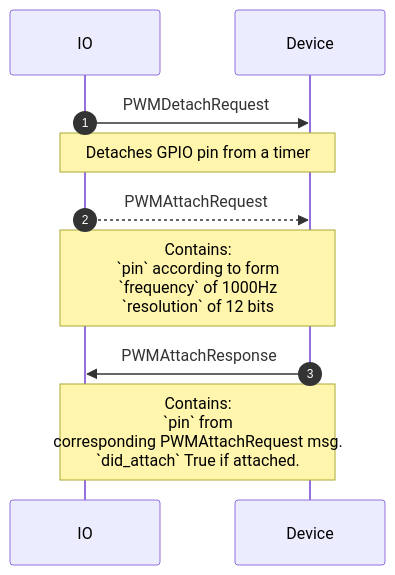
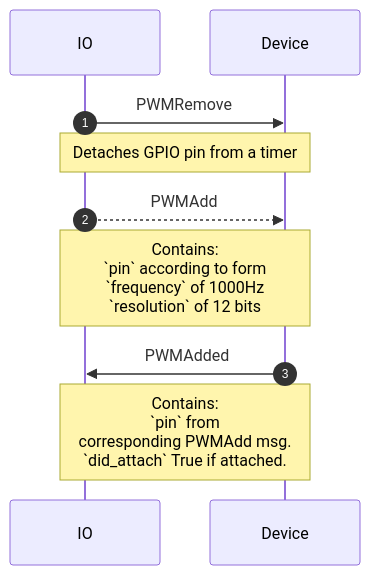
One commit to adafruit/Wippersnapper_Protobuf changed the eighth of 10 diagrams in proto/wippersnapper/docs/pwm.md. Above: the diagram before and after it, drawn with Mermaid. The commit also changed other lines of this file and 6 other files, not shown here.

````diff
--- a/proto/wippersnapper/docs/pwm.md
+++ b/proto/wippersnapper/docs/pwm.md
@@ -101,12 +101,12 @@
 ```mermaid
 sequenceDiagram
 autonumber
-IO->>Device: PWMDetachRequest
+IO->>Device: PWMRemove
 Note over IO, Device: Detaches GPIO pin from a timer
 
-IO-->>Device: PWMAttachRequest
+IO-->>Device: PWMAdd
 Note over IO, Device: Contains:<br> `pin` according to form<br>`frequency` of 1000Hz<br> `resolution` of 12 bits
 
-Device->>IO: PWMAttachResponse
-Note over IO, Device: Contains:<br> `pin` from <br>corresponding PWMAttachRequest msg. <br>`did_attach` True if attached.
+Device->>IO: PWMAdded
+Note over IO, Device: Contains:<br> `pin` from <br>corresponding PWMAdd msg. <br>`did_attach` True if attached.
 ```
````
